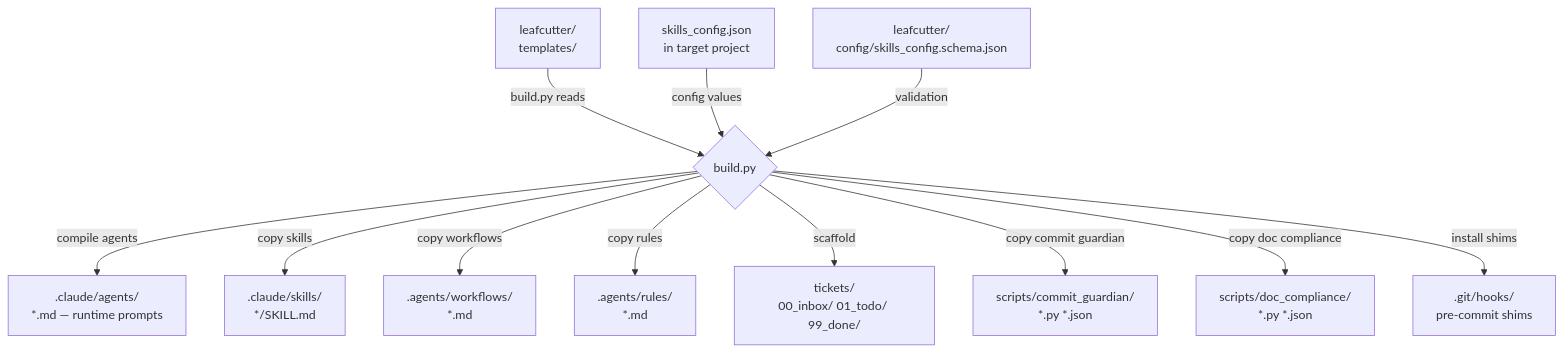
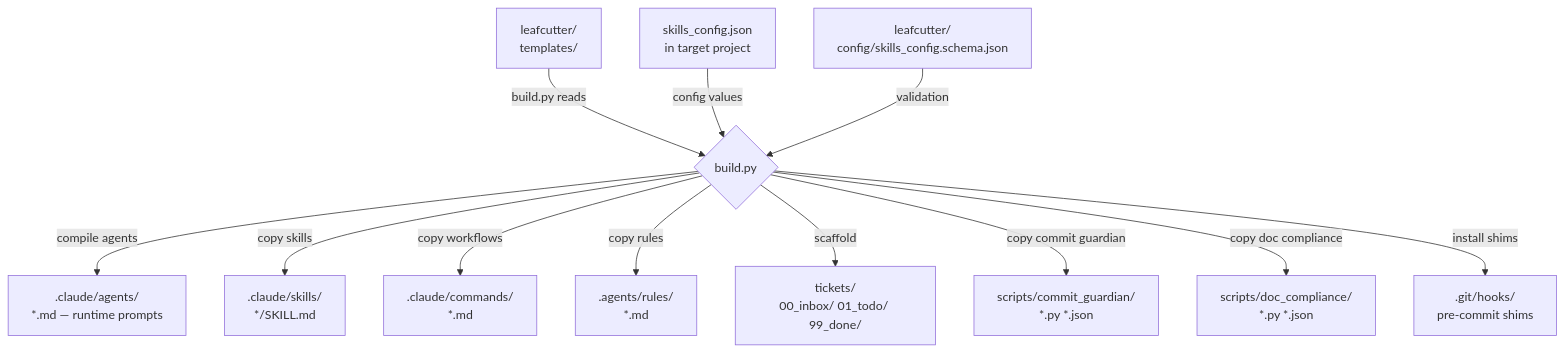
Before and after one commit to urlmonitor/leafcutter-ai: the first of 3 diagrams in docs/build-pipeline.md, drawn with Mermaid. The commit also changed 68 other files, not shown here.

````diff
--- a/docs/build-pipeline.md
+++ b/docs/build-pipeline.md
@@ -10,15 +10,15 @@
 ```mermaid
 graph TD
     A[leafcutter/\ntemplates/] -->|build.py reads| B{build.py}
     C[skills_config.json\nin target project] -->|config values| B
     D[leafcutter/\nconfig/skills_config.schema.json] -->|validation| B
 
     B -->|compile agents| E[.claude/agents/\n*.md — runtime prompts]
     B -->|copy skills| F[.claude/skills/\n*/SKILL.md]
-    B -->|copy workflows| G[.agents/workflows/\n*.md]
+    B -->|copy workflows| G[.claude/commands/\n*.md]
     B -->|copy rules| H[.agents/rules/\n*.md]
     B -->|scaffold| I[tickets/\n00_inbox/ 01_todo/ 99_done/]
     B -->|copy commit guardian| J[scripts/commit_guardian/\n*.py *.json]
     B -->|copy doc compliance| K[scripts/doc_compliance/\n*.py *.json]
     B -->|install shims| L[.git/hooks/\npre-commit shims]
 ```
````
